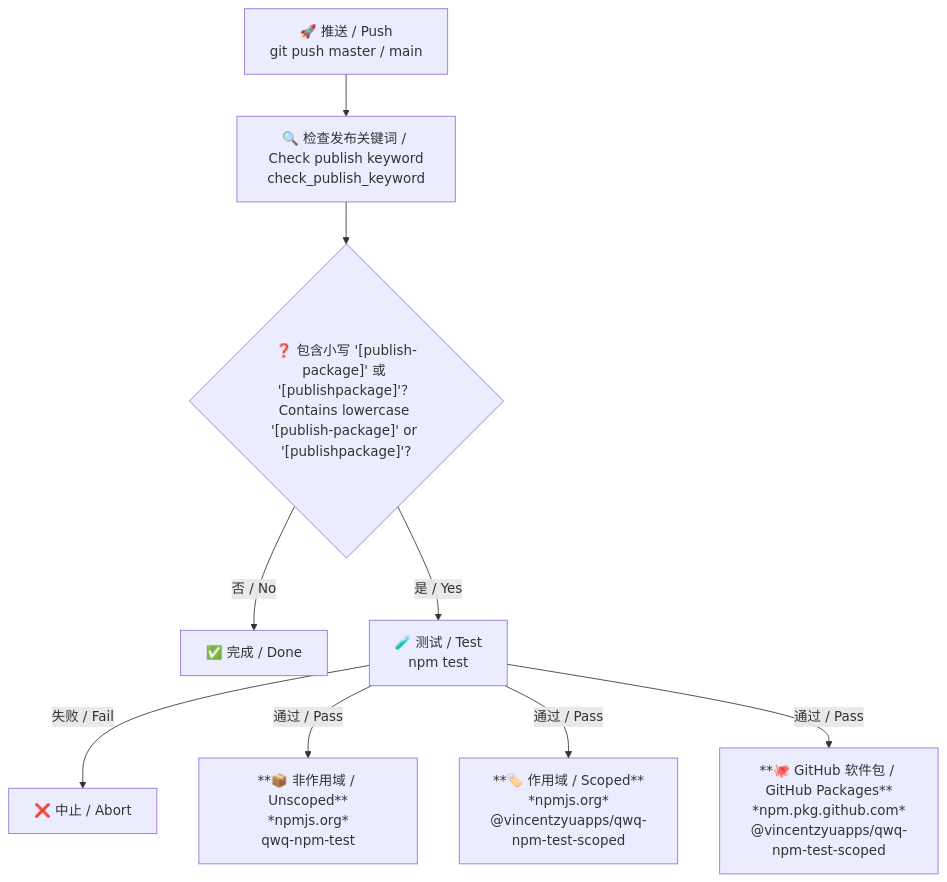
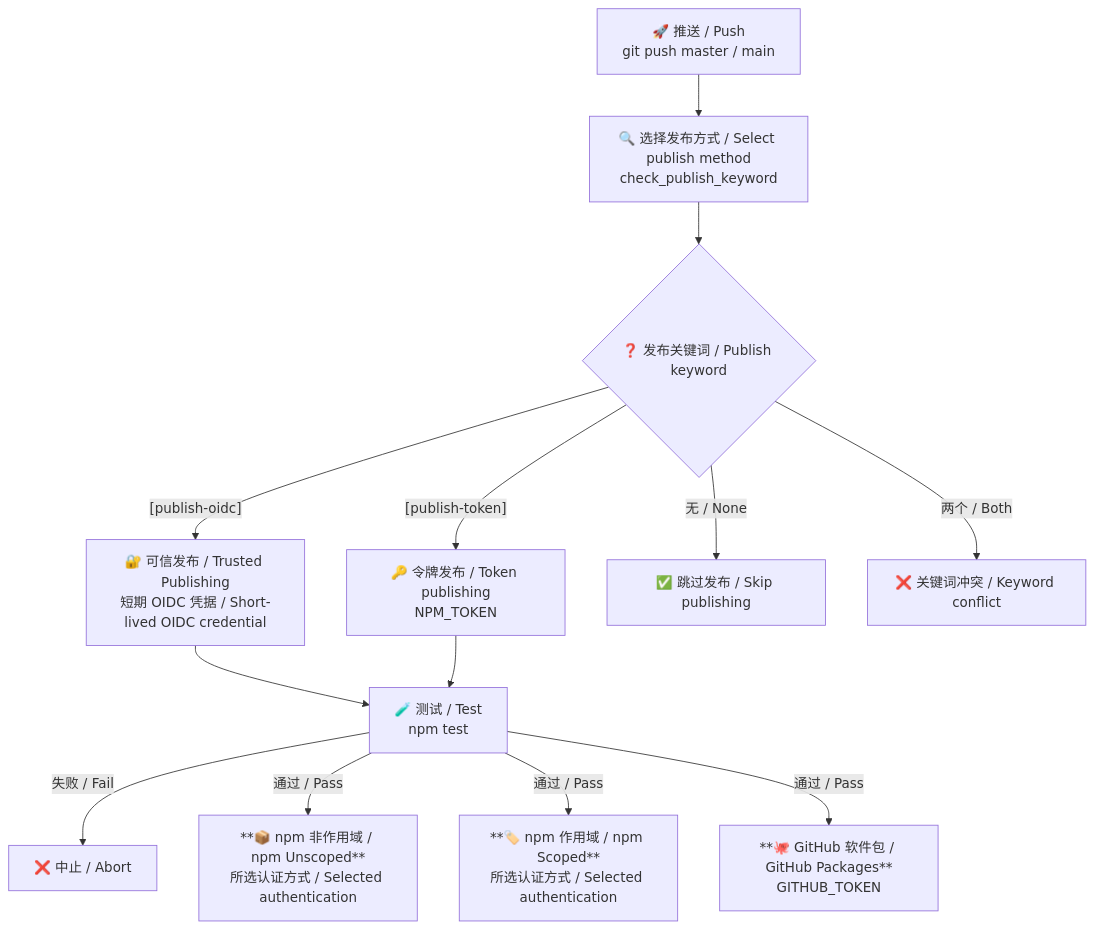
Before and after one commit to VincentZyu233/qwq-npm-test: the diagram in readme.md, drawn with Mermaid. The commit also changed other lines of this file and 1 other file, not shown here.

Commit message:
chore(ci): 增加 OIDC 与 Token 双发布模式

````diff
--- a/readme.md
+++ b/readme.md
@@ -143,11 +223,15 @@
 ```mermaid
 flowchart TD
-    Push["🚀 推送 / Push<br>git push master / main"] --> Check["🔍 检查发布关键词 / Check publish keyword<br>check_publish_keyword"]
-    Check --> Q{"❓ 包含小写 '[publish-package]' 或 '[publishpackage]'？<br>Contains lowercase '[publish-package]' or '[publishpackage]'?"}
-    Q -->|否 / No| Done1["✅ 完成 / Done"]
-    Q -->|是 / Yes| Test["🧪 测试 / Test<br>npm test"]
+    Push["🚀 推送 / Push<br>git push master / main"] --> Check["🔍 选择发布方式 / Select publish method<br>check_publish_keyword"]
+    Check --> Q{"❓ 发布关键词 / Publish keyword"}
+    Q -->|"[publish-oidc]"| OIDC["🔐 可信发布 / Trusted Publishing<br>短期 OIDC 凭据 / Short-lived OIDC credential"]
+    Q -->|"[publish-token]"| Token["🔑 令牌发布 / Token publishing<br>NPM_TOKEN"]
+    Q -->|无 / None| Done1["✅ 跳过发布 / Skip publishing"]
+    Q -->|两个 / Both| Conflict["❌ 关键词冲突 / Keyword conflict"]
+    OIDC --> Test["🧪 测试 / Test<br>npm test"]
+    Token --> Test
     Test -->|失败 / Fail| Fail["❌ 中止 / Abort"]
-    Test -->|通过 / Pass| Pub1["**📦 非作用域 / Unscoped**<br>*npmjs.org*<br>qwq-npm-test"]
-    Test -->|通过 / Pass| Pub2["**🏷️ 作用域 / Scoped**<br>*npmjs.org*<br>@vincentzyuapps/qwq-npm-test-scoped"]
-    Test -->|通过 / Pass| Pub3["**🐙 GitHub 软件包 / GitHub Packages**<br>*npm.pkg.github.com*<br>@vincentzyuapps/qwq-npm-test-scoped"]
+    Test -->|通过 / Pass| Pub1["**📦 npm 非作用域 / npm Unscoped**<br>所选认证方式 / Selected authentication"]
+    Test -->|通过 / Pass| Pub2["**🏷️ npm 作用域 / npm Scoped**<br>所选认证方式 / Selected authentication"]
+    Test -->|通过 / Pass| Pub3["**🐙 GitHub 软件包 / GitHub Packages**<br>GITHUB_TOKEN"]
 ```
````
